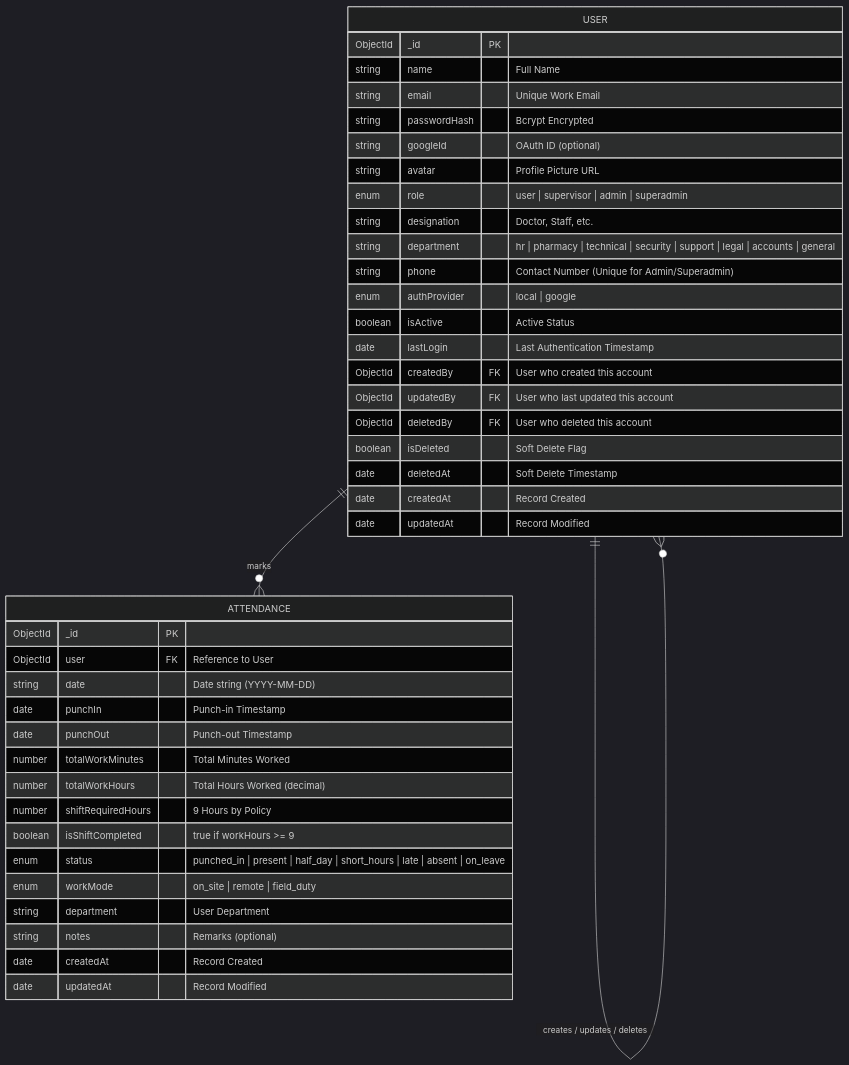
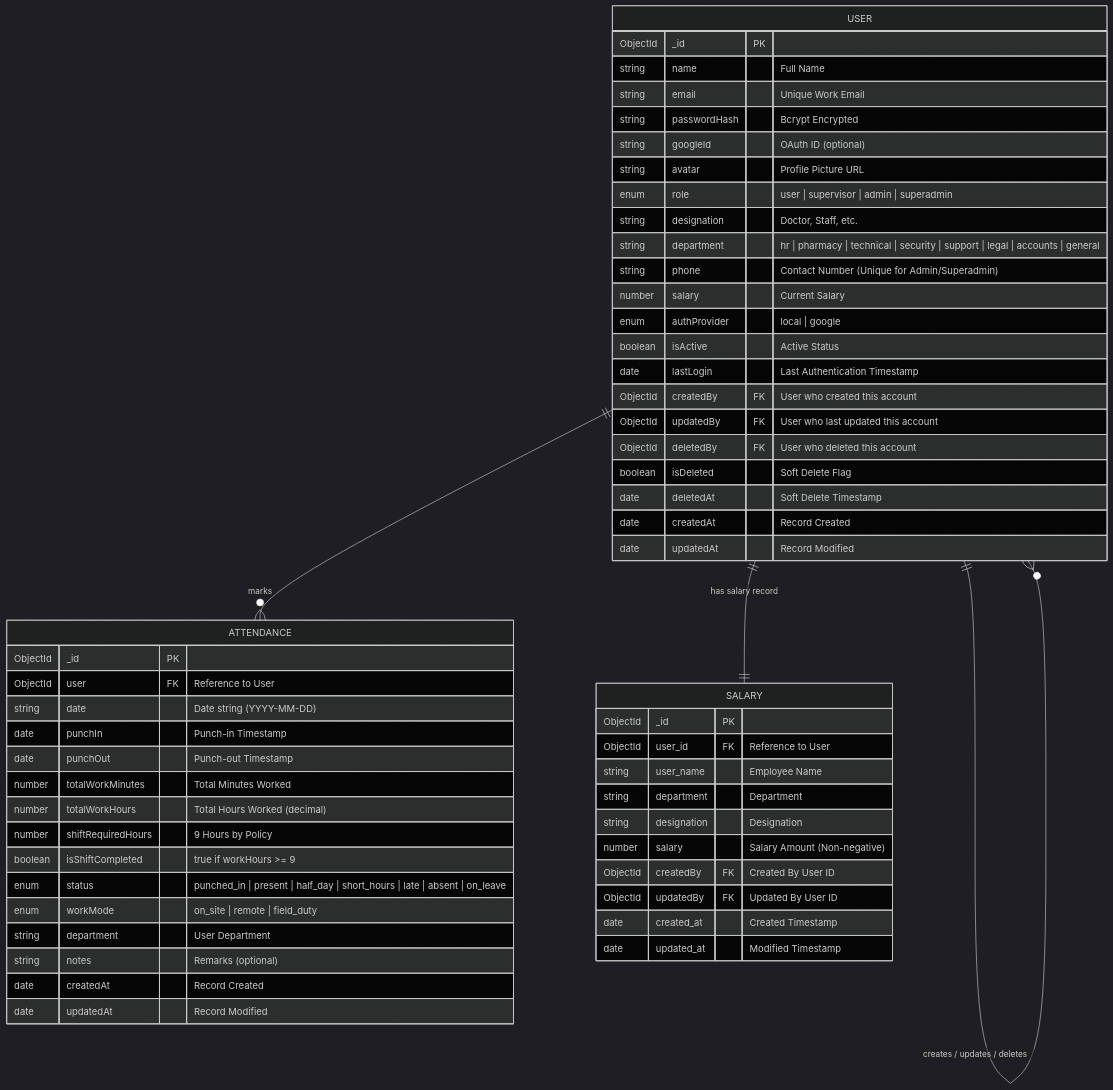
One commit to WaliaJatin42/MediPulseHospital changed the first of 3 diagrams in README.md. Above: the diagram before and after it, drawn with Mermaid (dark theme). The commit also changed other lines of this file and 9 other files, not shown here.

````diff
--- a/README.md
+++ b/README.md
@@ -22,46 +24,61 @@
 ```mermaid
 erDiagram
     USER ||--o{ USER : "creates / updates / deletes"
     USER ||--o{ ATTENDANCE : "marks"
+    USER ||--|| SALARY : "has salary record"
 
     USER {
         ObjectId _id PK
         string name "Full Name"
         string email "Unique Work Email"
         string passwordHash "Bcrypt Encrypted"
         string googleId "OAuth ID (optional)"
         string avatar "Profile Picture URL"
         enum role "user | supervisor | admin | superadmin"
         string designation "Doctor, Staff, etc."
         string department "hr | pharmacy | technical | security | support | legal | accounts | general"
         string phone "Contact Number (Unique for Admin/Superadmin)"
+        number salary "Current Salary"
         enum authProvider "local | google"
         boolean isActive "Active Status"
         date lastLogin "Last Authentication Timestamp"
         ObjectId createdBy FK "User who created this account"
         ObjectId updatedBy FK "User who last updated this account"
         ObjectId deletedBy FK "User who deleted this account"
         boolean isDeleted "Soft Delete Flag"
         date deletedAt "Soft Delete Timestamp"
         date createdAt "Record Created"
         date updatedAt "Record Modified"
+    }
+
+    SALARY {
+        ObjectId _id PK
+        ObjectId user_id FK "Reference to User"
+        string user_name "Employee Name"
+        string department "Department"
+        string designation "Designation"
+        number salary "Salary Amount (Non-negative)"
+        ObjectId createdBy FK "Created By User ID"
+        ObjectId updatedBy FK "Updated By User ID"
+        date created_at "Created Timestamp"
+        date updated_at "Modified Timestamp"
     }
 
     ATTENDANCE {
         ObjectId _id PK
         ObjectId user FK "Reference to User"
         string date "Date string (YYYY-MM-DD)"
         date punchIn "Punch-in Timestamp"
         date punchOut "Punch-out Timestamp"
         number totalWorkMinutes "Total Minutes Worked"
         number totalWorkHours "Total Hours Worked (decimal)"
         number shiftRequiredHours "9 Hours by Policy"
         boolean isShiftCompleted "true if workHours >= 9"
         enum status "punched_in | present | half_day | short_hours | late | absent | on_leave"
         enum workMode "on_site | remote | field_duty"
         string department "User Department"
         string notes "Remarks (optional)"
         date createdAt "Record Created"
         date updatedAt "Record Modified"
     }
 ```
````
